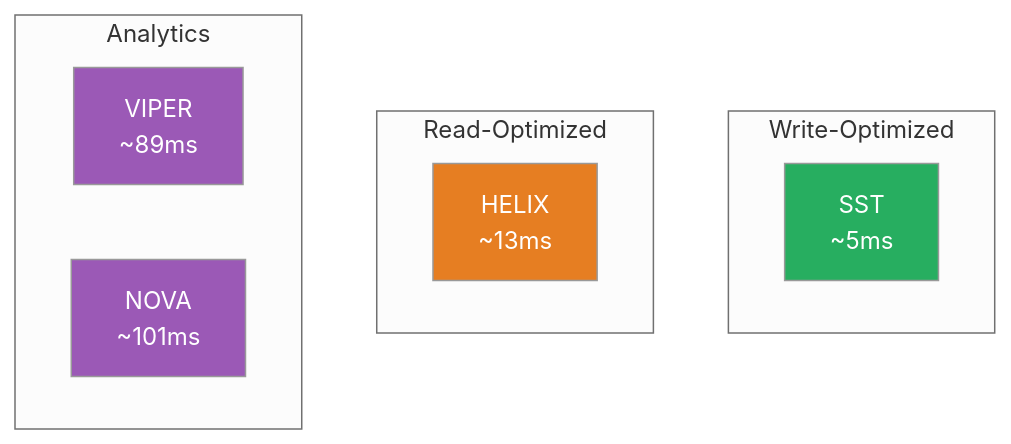
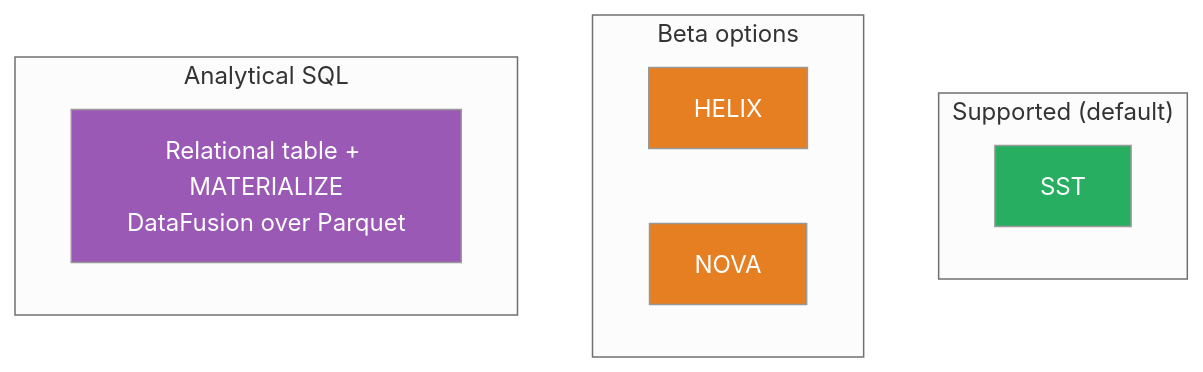
The third of 8 diagrams in docs/01-quick-start/architecture-basics.md (anvai-labs/proximaDB), drawn with Mermaid before and after one commit. The commit also changed other lines of this file and 99 other files, not shown here.

````diff
--- a/docs/01-quick-start/architecture-basics.md
+++ b/docs/01-quick-start/architecture-basics.md
@@ -102,21 +101,21 @@
 ```mermaid
 %%{init: {"theme": "neutral"}}%%
 flowchart TB
-  subgraph Write["Write-Optimized"]
-    SST[SST<br/>~5ms]
+  subgraph Default["Supported (default)"]
+    SST[SST]
   end
 
-  subgraph Read["Read-Optimized"]
-    HELIX[HELIX<br/>~13ms]
+  subgraph Beta["Beta options"]
+    HELIX[HELIX]
+    NOVA[NOVA]
   end
 
-  subgraph Analytics["Analytics"]
-    VIPER[VIPER<br/>~89ms]
-    NOVA[NOVA<br/>~101ms]
+  subgraph SQLA["Analytical SQL"]
+    DF["Relational table + MATERIALIZE<br/>DataFusion over Parquet"]
   end
 
   style SST fill:#27ae60,color:#fff
   style HELIX fill:#e67e22,color:#fff
-  style VIPER fill:#9b59b6,color:#fff
-  style NOVA fill:#9b59b6,color:#fff
+  style NOVA fill:#e67e22,color:#fff
+  style DF fill:#9b59b6,color:#fff
 ```
````
